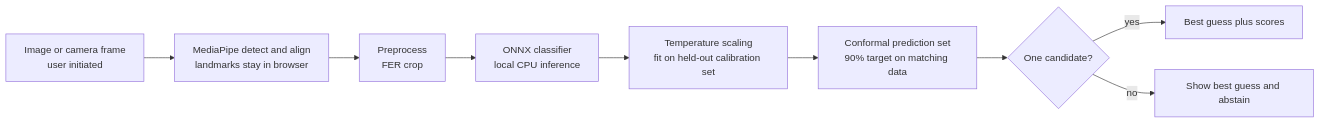
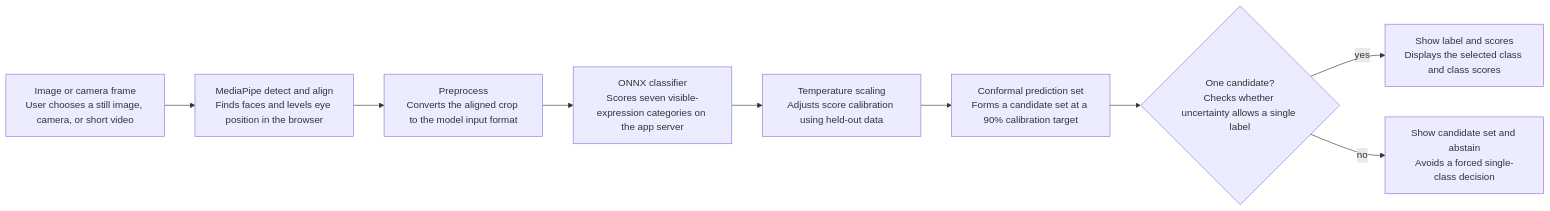
One commit to snehamanjunatharaju/affectlens changed the diagram in README.md. Above: the diagram before and after it, drawn with Mermaid. The commit also changed other lines of this file and 34 other files, not shown here.

````diff
--- a/README.md
+++ b/README.md
@@ -15,11 +15,11 @@
 ```mermaid
 flowchart LR
-  A[Image or camera frame<br/>user initiated] --> B[MediaPipe detect and align<br/>landmarks stay in browser]
-  B --> C[Preprocess<br/>FER crop]
-  C --> D[ONNX classifier<br/>local CPU inference]
-  D --> E[Temperature scaling<br/>fit on held-out calibration set]
-  E --> F[Conformal prediction set<br/>90% target on matching data]
-  F --> G{One candidate?}
-  G -->|yes| H[Best guess plus scores]
-  G -->|no| I[Show best guess and abstain]
+  A[Image or camera frame<br/>User chooses a still image, camera, or short video] --> B[MediaPipe detect and align<br/>Finds faces and levels eye position in the browser]
+  B --> C[Preprocess<br/>Converts the aligned crop to the model input format]
+  C --> D[ONNX classifier<br/>Scores seven visible-expression categories on the app server]
+  D --> E[Temperature scaling<br/>Adjusts score calibration using held-out data]
+  E --> F[Conformal prediction set<br/>Forms a candidate set at a 90% calibration target]
+  F --> G{One candidate?<br/>Checks whether uncertainty allows a single label}
+  G -->|yes| H[Show label and scores<br/>Displays the selected class and class scores]
+  G -->|no| I[Show candidate set and abstain<br/>Avoids a forced single-class decision]
 ```
````
